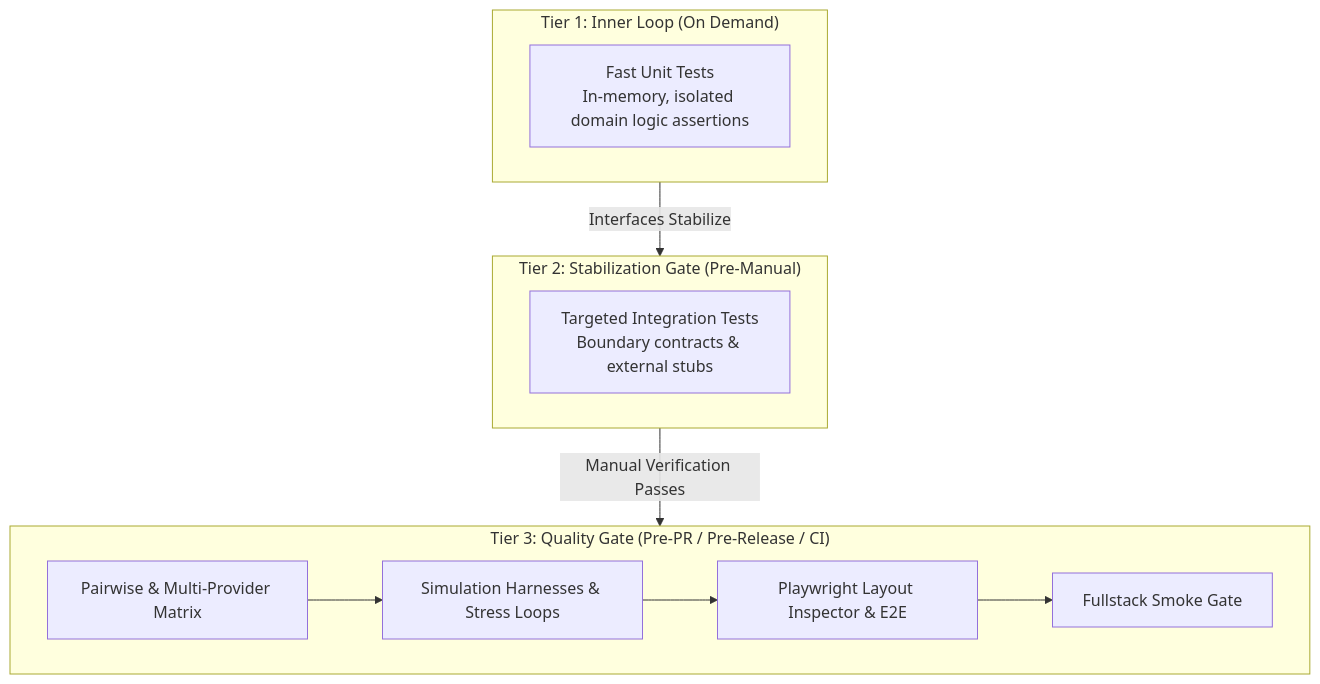
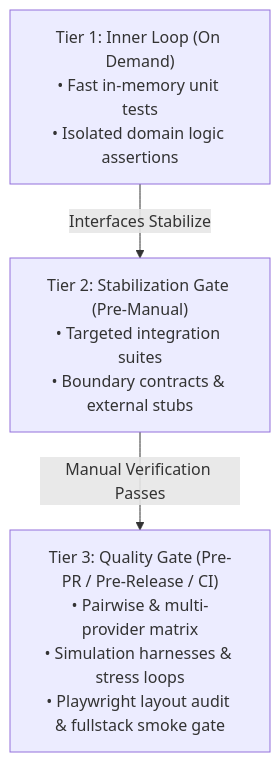
One commit to spelech/AgenticEngineeringToolbelt changed the third of 3 diagrams in ARCHITECTURE.md. Above: the diagram before and after it, drawn with Mermaid. The commit also changed other lines of this file and 30 other files, not shown here.

Commit message:
fix(docs): resolve Mermaid foreignObject text clipping, optimize diagram aspect ratios, and add pan-zoom controller

````diff
--- a/ARCHITECTURE.md
+++ b/ARCHITECTURE.md
@@ -117,19 +116,9 @@
 ```mermaid
 flowchart TD
-    subgraph T1["Tier 1: Inner Loop (On Demand)"]
-        Unit["Fast Unit Tests<br>In-memory, isolated domain logic assertions"]
-    end
-    subgraph T2["Tier 2: Stabilization Gate (Pre-Manual)"]
-        Integ["Targeted Integration Tests<br>Boundary contracts & external stubs"]
-    end
-    subgraph T3["Tier 3: Quality Gate (Pre-PR / Pre-Release / CI)"]
-        Matrix["Pairwise & Multi-Provider Matrix"]
-        Sim["Simulation Harnesses & Stress Loops"]
-        E2E["Playwright Layout Inspector & E2E"]
-        Smoke["Fullstack Smoke Gate"]
-    end
+    T1["Tier 1: Inner Loop (On Demand)<br>• Fast in-memory unit tests<br>• Isolated domain logic assertions"]
+    T2["Tier 2: Stabilization Gate (Pre-Manual)<br>• Targeted integration suites<br>• Boundary contracts & external stubs"]
+    T3["Tier 3: Quality Gate (Pre-PR / Pre-Release / CI)<br>• Pairwise & multi-provider matrix<br>• Simulation harnesses & stress loops<br>• Playwright layout audit & fullstack smoke gate"]
 
     T1 -->|Interfaces Stabilize| T2
     T2 -->|Manual Verification Passes| T3
-    Matrix --> Sim --> E2E --> Smoke
 ```
````
